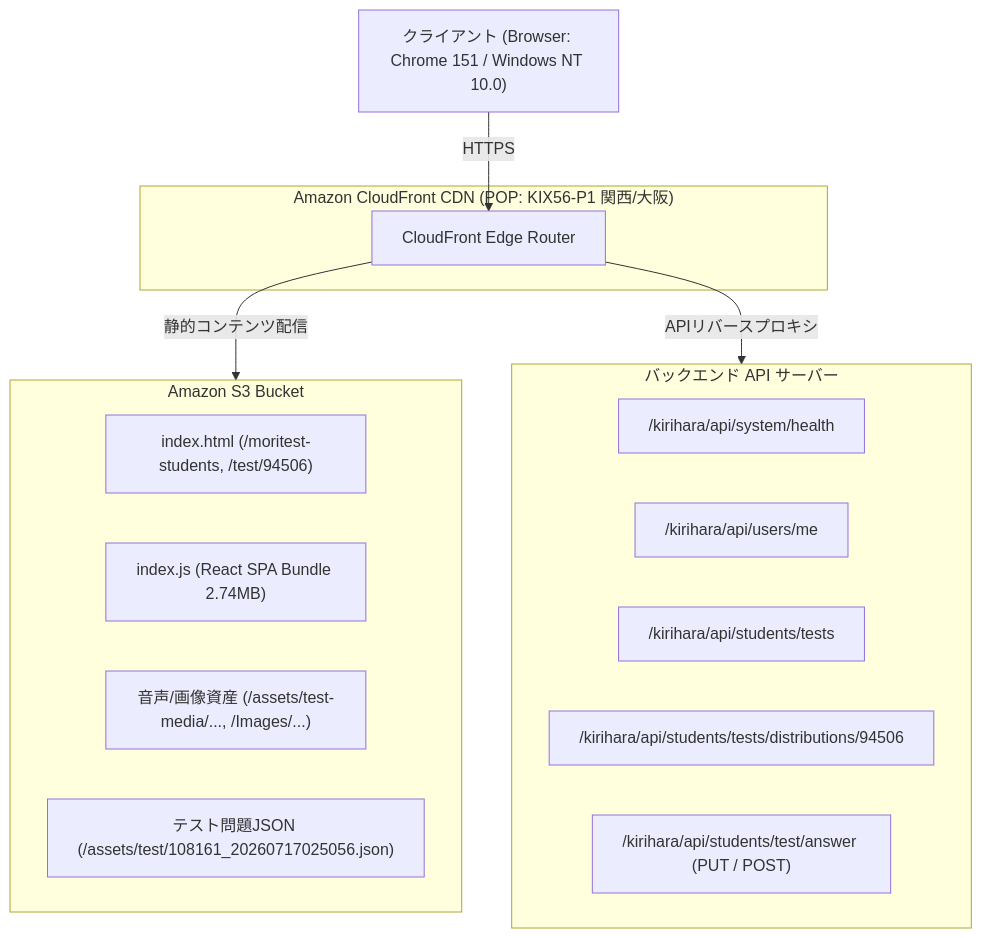
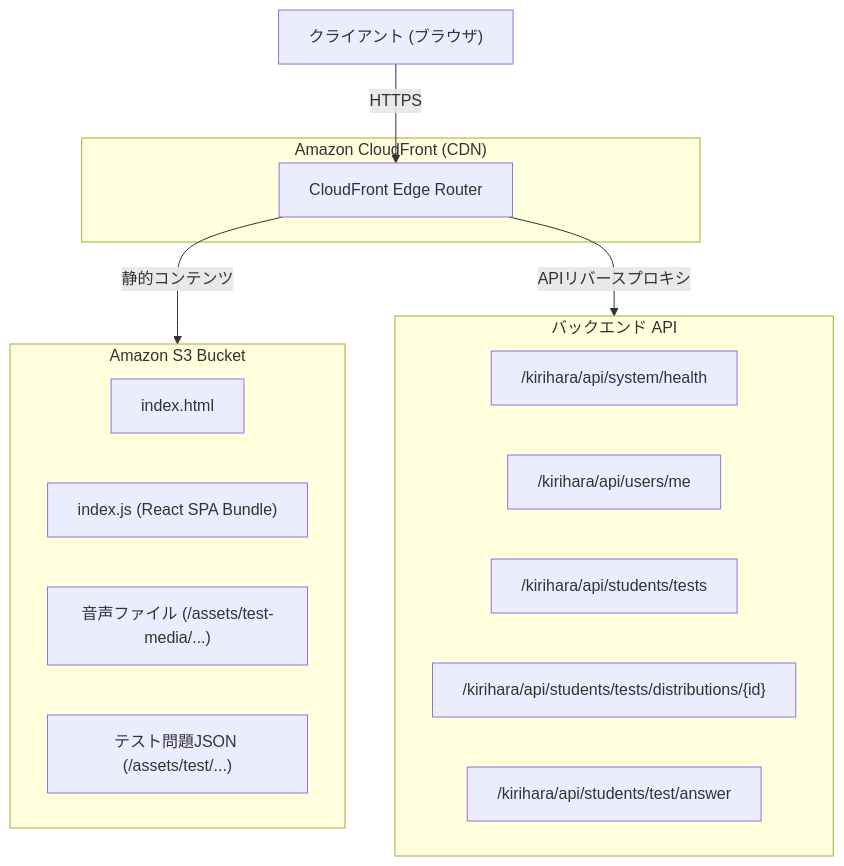
Before and after one commit to heqvyfrogg/kirihara: the diagram in README_anonymized.md, drawn with Mermaid. The commit also changed other lines of this file and 5 other files, not shown here.

````diff
--- a/README_anonymized.md
+++ b/README_anonymized.md
@@ -49,27 +30,27 @@
 ```mermaid
 flowchart TD
-    Client["クライアント (Browser: Chrome 151 / Windows NT 10.0)"]
+    Client["クライアント (ブラウザ)"]
     
-    subgraph AWS_CloudFront["Amazon CloudFront CDN (POP: KIX56-P1 関西/大阪)"]
+    subgraph CDN["Amazon CloudFront (CDN)"]
         Edge["CloudFront Edge Router"]
     end
     
-    subgraph Storage_S3["Amazon S3 Bucket"]
-        StaticHTML["index.html (/moritest-students, /test/94506)"]
-        JSBundle["index.js (React SPA Bundle 2.74MB)"]
-        MediaFiles["音声/画像資産 (/assets/test-media/..., /Images/...)"]
-        TestJSON["テスト問題JSON (/assets/test/108161_20260717025056.json)"]
+    subgraph Storage["Amazon S3 Bucket"]
+        StaticHTML["index.html"]
+        JSBundle["index.js (React SPA Bundle)"]
+        MediaFiles["音声ファイル (/assets/test-media/...)"]
+        TestJSON["テスト問題JSON (/assets/test/...)"]
     end
     
-    subgraph Backend_APIs["バックエンド API サーバー"]
+    subgraph Backend["バックエンド API"]
         HealthAPI["/kirihara/api/system/health"]
         UserAPI["/kirihara/api/users/me"]
         TestsAPI["/kirihara/api/students/tests"]
-        DistAPI["/kirihara/api/students/tests/distributions/94506"]
-        AnswerAPI["/kirihara/api/students/test/answer (PUT / POST)"]
+        DistAPI["/kirihara/api/students/tests/distributions/{id}"]
+        AnswerAPI["/kirihara/api/students/test/answer"]
     end
     
     Client -->|HTTPS| Edge
-    Edge -->|静的コンテンツ配信| Storage_S3
-    Edge -->|APIリバースプロキシ| Backend_APIs
+    Edge -->|静的コンテンツ| Storage
+    Edge -->|APIリバースプロキシ| Backend
 ```
````
